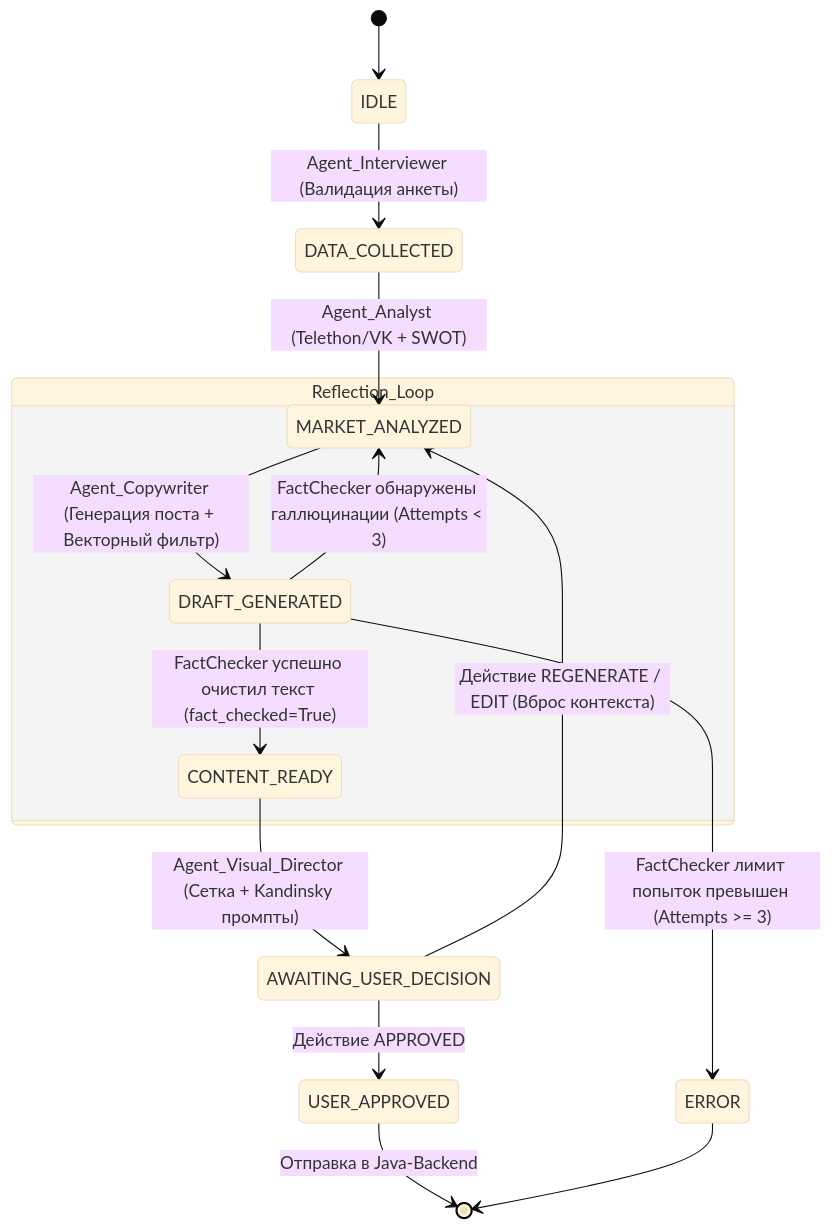
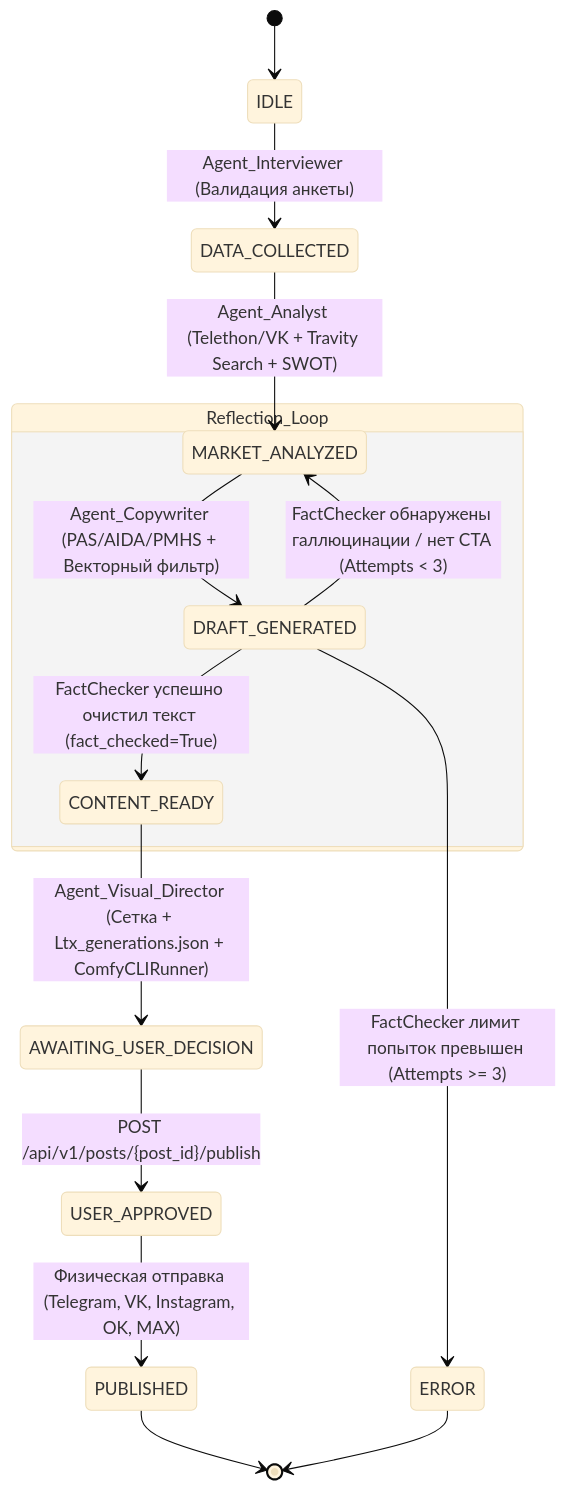
One commit to Bezponikl/Ucust changed the second of 4 diagrams in ai/ARCHITECTURE_REPORT.md. Above: the diagram before and after it, drawn with Mermaid (base theme). The commit also changed other lines of this file and 39 other files, not shown here.

Commit message:
feat: integrate full multi-agent FSM, VRAM hooks, 5 publishers, and ComfyUI CLI

````diff
--- a/ai/ARCHITECTURE_REPORT.md
+++ b/ai/ARCHITECTURE_REPORT.md
@@ -43,19 +53,19 @@
 ```mermaid
 stateDiagram-v2
     [*] --> IDLE
     IDLE --> DATA_COLLECTED : Agent_Interviewer (Валидация анкеты)
-    DATA_COLLECTED --> MARKET_ANALYZED : Agent_Analyst (Telethon/VK + SWOT)
-    MARKET_ANALYZED --> DRAFT_GENERATED : Agent_Copywriter (Генерация поста + Векторный фильтр)
+    DATA_COLLECTED --> MARKET_ANALYZED : Agent_Analyst (Telethon/VK + Travity Search + SWOT)
+    MARKET_ANALYZED --> DRAFT_GENERATED : Agent_Copywriter (PAS/AIDA/PMHS + Векторный фильтр)
     
     state Reflection_Loop {
-        DRAFT_GENERATED --> MARKET_ANALYZED : FactChecker обнаружены галлюцинации (Attempts < 3)
+        DRAFT_GENERATED --> MARKET_ANALYZED : FactChecker обнаружены галлюцинации / нет CTA (Attempts < 3)
         DRAFT_GENERATED --> CONTENT_READY : FactChecker успешно очистил текст (fact_checked=True)
     }
 
     DRAFT_GENERATED --> ERROR : FactChecker лимит попыток превышен (Attempts >= 3)
-    CONTENT_READY --> AWAITING_USER_DECISION : Agent_Visual_Director (Сетка + Kandinsky промпты)
-    AWAITING_USER_DECISION --> USER_APPROVED : Действие APPROVED
-    AWAITING_USER_DECISION --> MARKET_ANALYZED : Действие REGENERATE / EDIT (Вброс контекста)
-    USER_APPROVED --> [*] : Отправка в Java-Backend
+    CONTENT_READY --> AWAITING_USER_DECISION : Agent_Visual_Director (Сетка + Ltx_generations.json + ComfyCLIRunner)
+    AWAITING_USER_DECISION --> USER_APPROVED : POST /api/v1/posts/{post_id}/publish
+    USER_APPROVED --> PUBLISHED : Физическая отправка (Telegram, VK, Instagram, OK, MAX)
+    PUBLISHED --> [*]
     ERROR --> [*]
 ```
````
